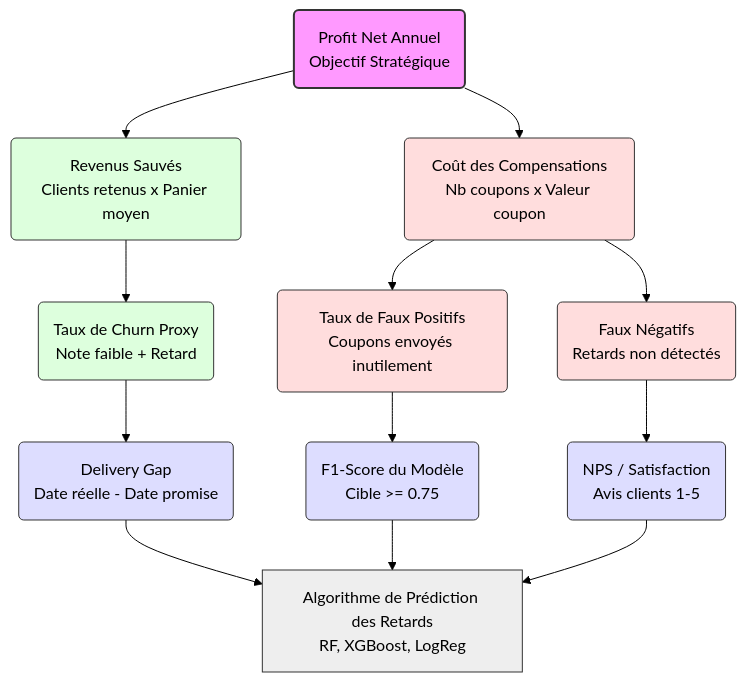
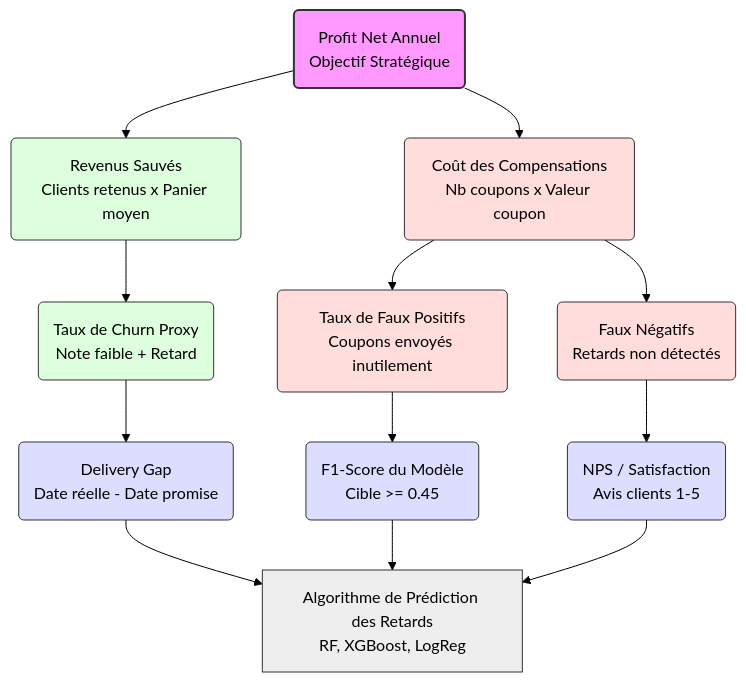
The diagram in docs/Phase1_Cadrage.md (brahimhatim265/DATA-DRIVEN-DECISION-MAKING), drawn with Mermaid (forest theme) before and after one commit. The commit also changed other lines of this file and 5 other files, not shown here.

Commit message:
feat: intégrer les vraies prédictions (libellés FR + cible KPI recalibrée + notebook ré-exécuté) + recalibrer le plan A/B avec les vraies métriques du modèle (baseline 51%, n=364)

````diff
--- a/docs/Phase1_Cadrage.md
+++ b/docs/Phase1_Cadrage.md
@@ -33,27 +34,27 @@
 ```mermaid
 flowchart TD
     classDef strategique fill:#f9f,stroke:#333,stroke-width:2px
     classDef business fill:#dfd,stroke:#333,stroke-width:1px
     classDef couts fill:#fdd,stroke:#333,stroke-width:1px
     classDef operationnel fill:#ddf,stroke:#333,stroke-width:1px
     classDef technique fill:#eee,stroke:#333,stroke-width:1px
 
     Top("Profit Net Annuel<br/>Objectif Stratégique"):::strategique
 
     Top --> Rev("Revenus Sauvés<br/>Clients retenus x Panier moyen"):::business
     Top --> Cost("Coût des Compensations<br/>Nb coupons x Valeur coupon"):::couts
 
     Rev --> Churn("Taux de Churn Proxy<br/>Note faible + Retard"):::business
     
     Cost --> FP("Taux de Faux Positifs<br/>Coupons envoyés inutilement"):::couts
     Cost --> FN("Faux Négatifs<br/>Retards non détectés"):::couts
 
     Churn --> Gap("Delivery Gap<br/>Date réelle - Date promise"):::operationnel
-    FP --> F1("F1-Score du Modèle<br/>Cible >= 0.75"):::operationnel
+    FP --> F1("F1-Score du Modèle<br/>Cible >= 0.45"):::operationnel
     FN --> NPS("NPS / Satisfaction<br/>Avis clients 1-5"):::operationnel
 
     Gap --> Algo["Algorithme de Prédiction des Retards<br/>RF, XGBoost, LogReg"]:::technique
     F1 --> Algo
     NPS --> Algo
 
 ```
````
